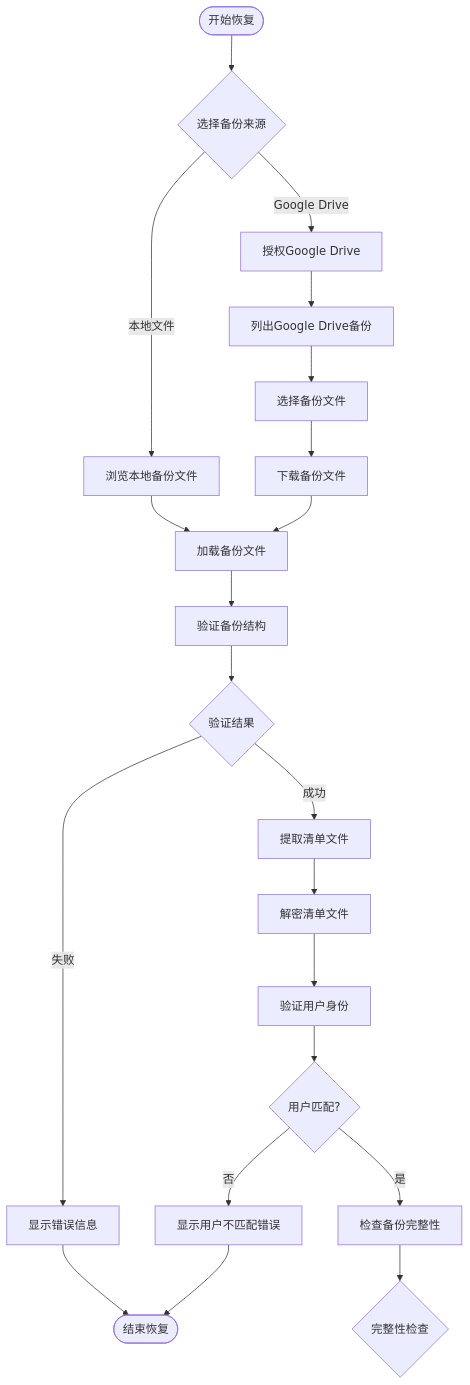
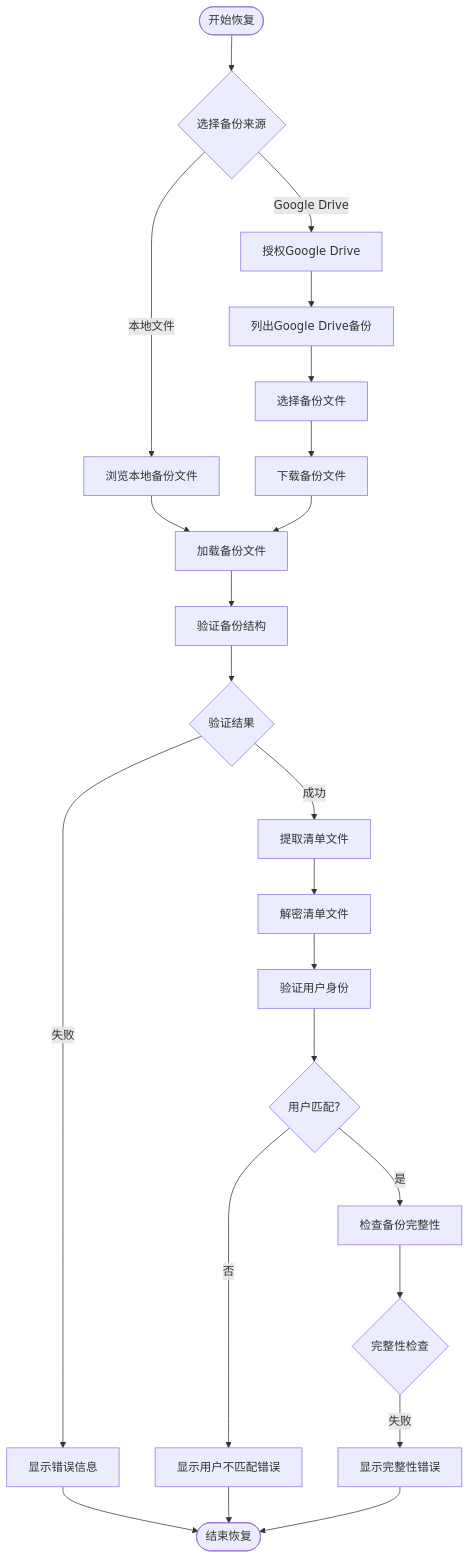
Before and after one commit to yingjianzh/iodraw-files: the diagram in all/未命名-53.md, drawn with Mermaid.

Commit message:
2025-05-09 11:11:04 update

````diff
--- a/all/未命名-53.md
+++ b/all/未命名-53.md
@@ -1,31 +1,34 @@
 ```mermaid
 flowchart TD
     Start([开始恢复]) --> SelectSource{选择备份来源}
     SelectSource -->|本地文件| BrowseLocal[浏览本地备份文件]
     SelectSource -->|Google Drive| AuthGoogle[授权Google Drive]
     
     BrowseLocal --> LoadBackup[加载备份文件]
     AuthGoogle --> ListGDriveBackups[列出Google Drive备份]
     ListGDriveBackups --> SelectBackup[选择备份文件]
     SelectBackup --> DownloadBackup[下载备份文件]
     DownloadBackup --> LoadBackup
     
     LoadBackup --> ValidateStructure[验证备份结构]
     ValidateStructure --> ValidationResult{验证结果}
     
     ValidationResult -->|失败| ShowError[显示错误信息]
     ShowError --> End([结束恢复])
     
     ValidationResult -->|成功| ExtractManifest[提取清单文件]
     ExtractManifest --> DecryptManifest[解密清单文件]
     DecryptManifest --> VerifyUser[验证用户身份]
     
     VerifyUser --> UserMatch{用户匹配?}
     UserMatch -->|否| ShowUserError[显示用户不匹配错误]
     ShowUserError --> End
     
     UserMatch -->|是| CheckIntegrity[检查备份完整性]
     CheckIntegrity --> IntegrityResult{完整性检查}
     
+    IntegrityResult -->|失败| ShowIntegrityError[显示完整性错误]
+    ShowIntegrityError --> End
+    
     
 ```
````
